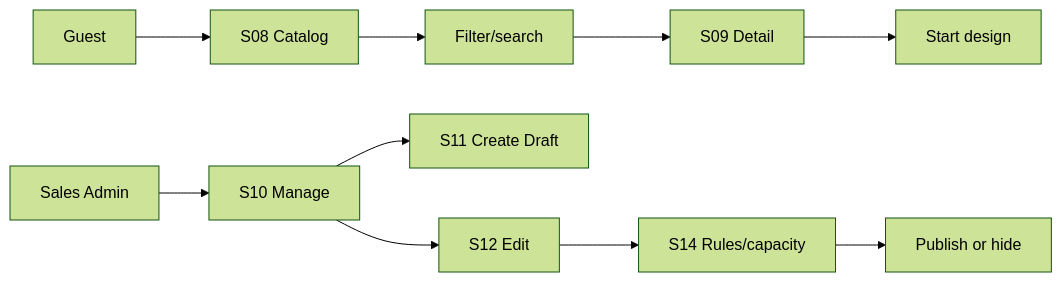
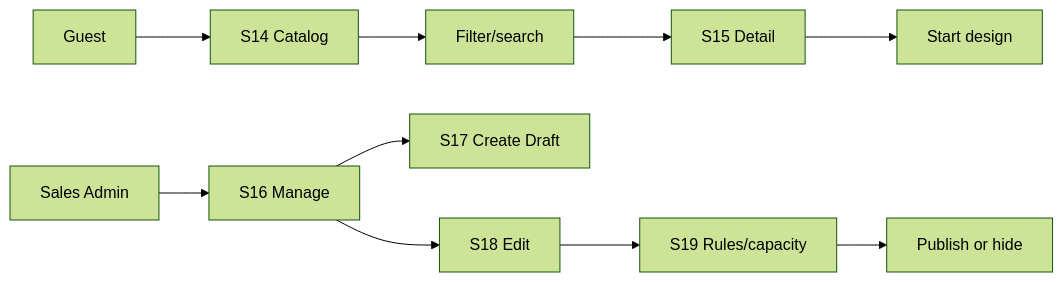
The first of 4 diagrams in docs/spec/specs/spec-MFG-04.md (ankhanhwork/weavelink-project), drawn with Mermaid (forest theme) before and after one commit. The commit also changed other lines of this file and 235 other files, not shown here.

````diff
--- a/docs/spec/specs/spec-MFG-04.md
+++ b/docs/spec/specs/spec-MFG-04.md
@@ -100,12 +100,12 @@
 ```mermaid
 flowchart LR
-  Guest --> Catalog[S08 Catalog]
+  Guest --> Catalog[S14 Catalog]
   Catalog --> Search[Filter/search]
-  Search --> Detail[S09 Detail]
+  Search --> Detail[S15 Detail]
   Detail --> Design[Start design]
-  Admin[Sales Admin] --> Manage[S10 Manage]
-  Manage --> Draft[S11 Create Draft]
-  Manage --> Edit[S12 Edit]
-  Edit --> Rules[S14 Rules/capacity]
+  Admin[Sales Admin] --> Manage[S16 Manage]
+  Manage --> Draft[S17 Create Draft]
+  Manage --> Edit[S18 Edit]
+  Edit --> Rules[S19 Rules/capacity]
   Rules --> Publish[Publish or hide]
 ```
````
